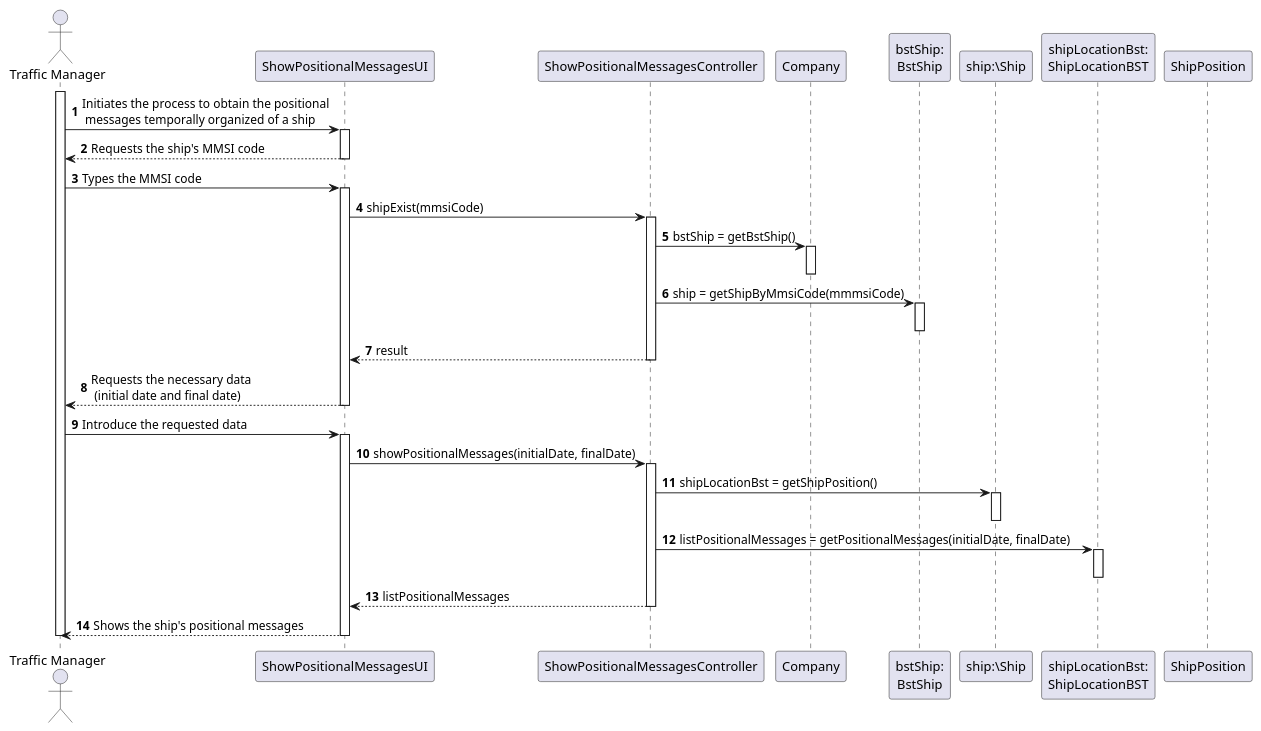
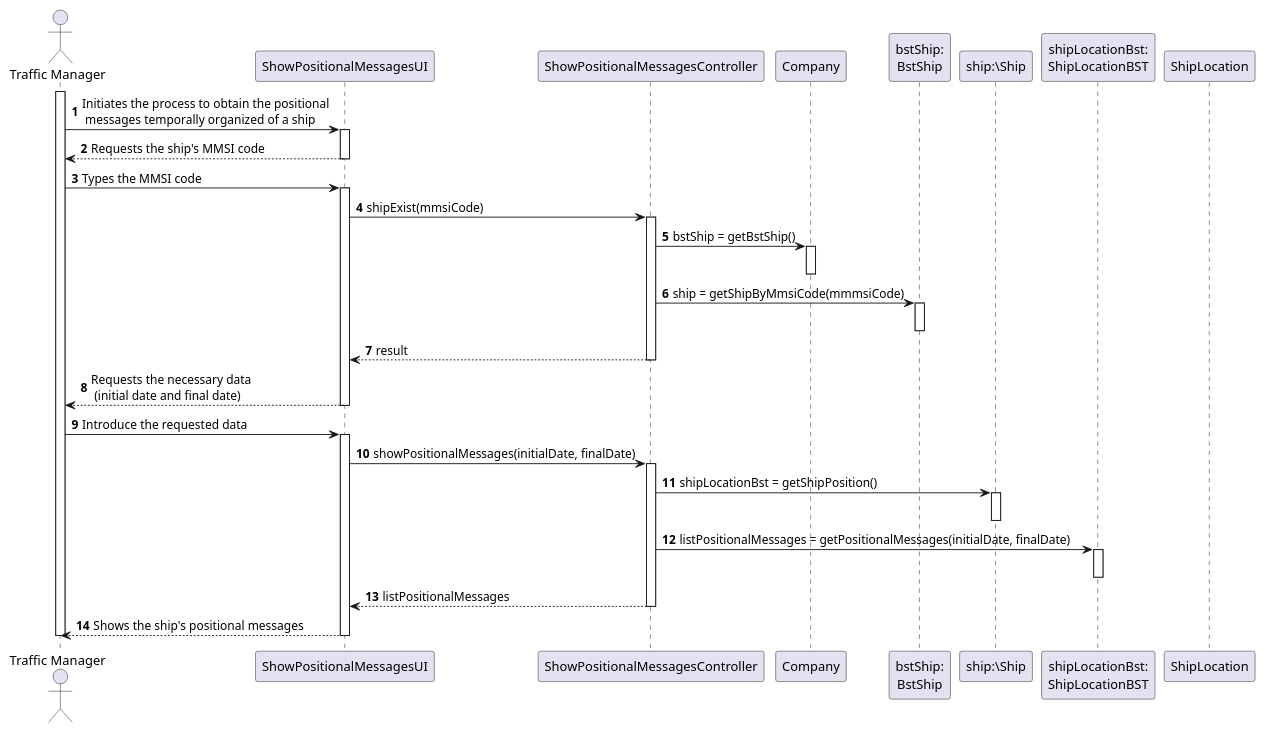
Before and after one commit to 0franciscor/lapr3-2021-g042: the diagram in docs/US103/US103_SD.puml, drawn with PlantUML. The commit also changed 3 other files, not shown here.

```diff
--- a/docs/US103/US103_SD.puml
+++ b/docs/US103/US103_SD.puml
@@ -1,54 +1,54 @@
 @startuml
 'https://plantuml.com/sequence-diagram
 
 autonumber
 actor "Traffic Manager" as TM
 
 participant "ShowPositionalMessagesUI" as UI
 participant "ShowPositionalMessagesController" as CTRL
 participant "Company" as COMP
 participant "bstShip:\nBstShip" as BstShip
 participant "ship:\Ship" as S
 participant "shipLocationBst:\nShipLocationBST" as ShipLocationBST
-participant "ShipPosition" as SP
+participant "ShipLocation" as SL
 
 
 activate TM
 TM -> UI : Initiates the process to obtain the positional\n messages temporally organized of a ship
 activate UI
 UI --> TM : Requests the ship's MMSI code
 deactivate UI
 TM -> UI : Types the MMSI code
 activate UI
 UI-> CTRL: shipExist(mmsiCode)
 activate CTRL
 CTRL -> COMP : bstShip = getBstShip()
 activate COMP
 deactivate COMP
 CTRL -> BstShip : ship = getShipByMmsiCode(mmmsiCode)
 activate BstShip
 deactivate BstShip
 CTRL --> UI : result
 deactivate CTRL
 UI --> TM : Requests the necessary data \n (initial date and final date)
 deactivate UI
 TM -> UI : Introduce the requested data
 activate UI
 UI -> CTRL: showPositionalMessages(initialDate, finalDate)
 activate CTRL
 CTRL -> S : shipLocationBst = getShipPosition()
 activate S
 deactivate S
 CTRL -> ShipLocationBST : listPositionalMessages = getPositionalMessages(initialDate, finalDate)
 activate ShipLocationBST
 deactivate ShipLocationBST
 CTRL --> UI: listPositionalMessages
 deactivate CTRL
 UI --> TM : Shows the ship's positional messages
 deactivate UI
 
 deactivate TM
 
 
 
 @enduml
```
